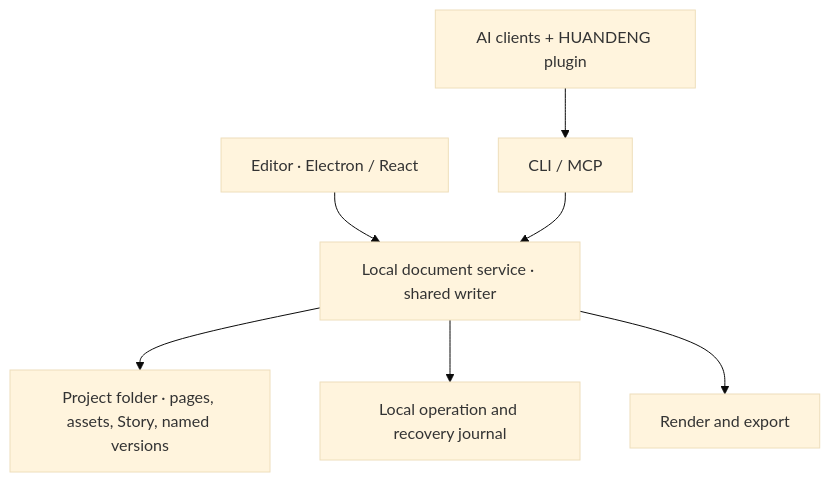
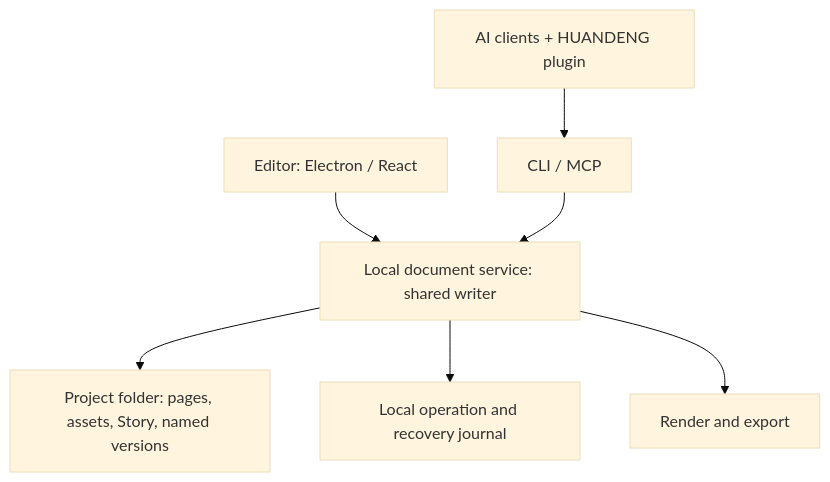
One commit to JaytonKogeru/huandeng changed the diagram in README.md. Above: the diagram before and after it, drawn with Mermaid (base theme). The commit also changed other lines of this file and 185 other files, not shown here.

````diff
--- a/README.md
+++ b/README.md
@@ -116,9 +151,9 @@
 ```mermaid
 flowchart TB
-    E["Editor · Electron / React"] --> W["Local document service · shared writer"]
+    E["Editor: Electron / React"] --> W["Local document service: shared writer"]
     A["AI clients + HUANDENG plugin"] --> C["CLI / MCP"]
     C --> W
-    W --> P["Project folder · pages, assets, Story, named versions"]
+    W --> P["Project folder: pages, assets, Story, named versions"]
     W --> J["Local operation and recovery journal"]
     W --> X["Render and export"]
 ```
````
